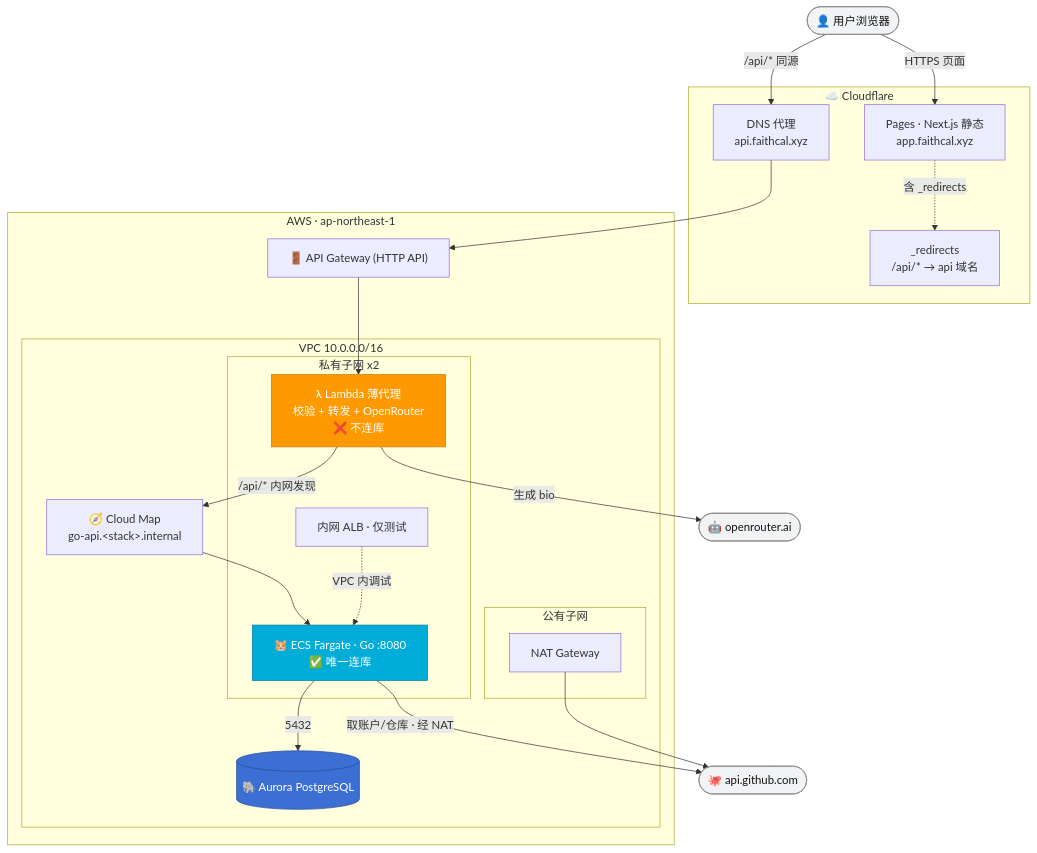
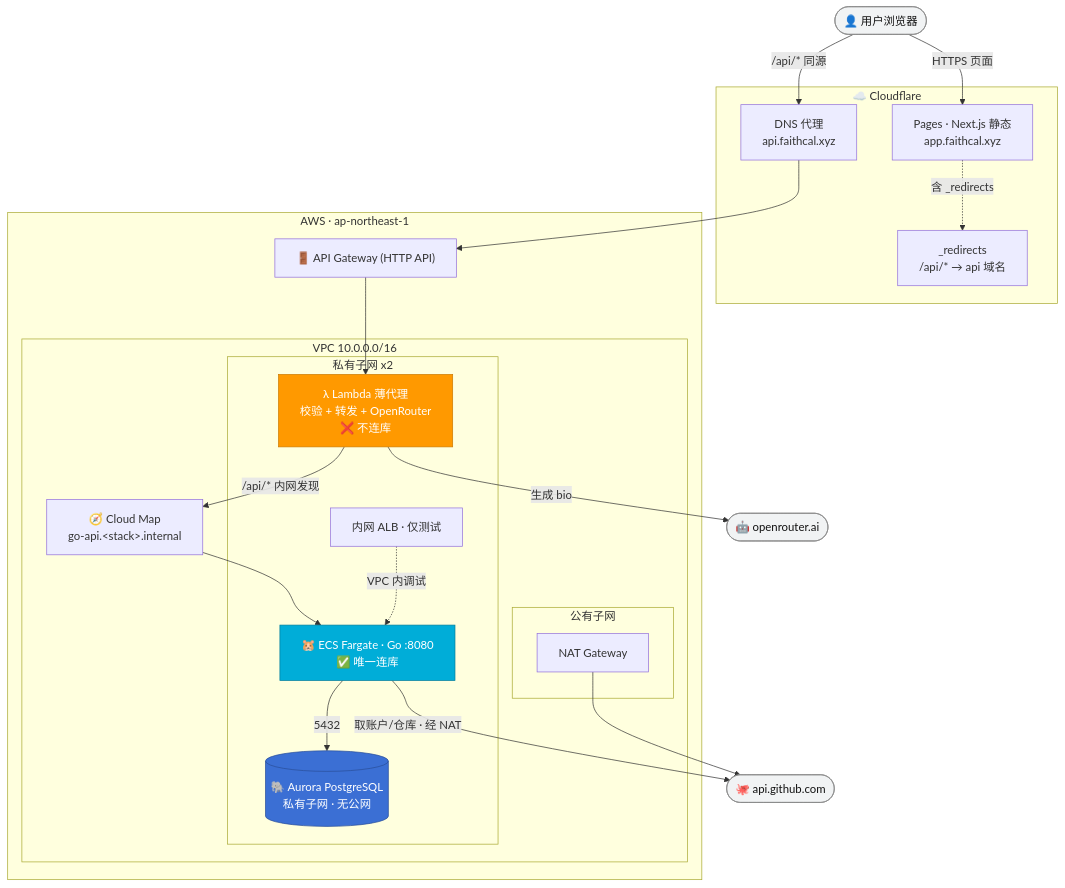
The first of 8 diagrams in docs/架构图.md (PrettyKing/github-repositories-fllow), drawn with Mermaid before and after one commit. The commit also changed 1 other file, not shown here.

Commit message:
docs: 修正架构图 Aurora 位置（VPC 私有子网内，非 VPC 外）
- 系统架构 PNG 重绘：Aurora 移入 VPC 私有子网、5432 连线在 VPC 内
- 架构图.md mermaid：AUR 节点移入「私有子网 x2」子图并标注无公网
实际部署核实：DB PubliclyAccessible=false、私有子网、SG 仅放行 ECS。

````diff
--- a/docs/架构图.md
+++ b/docs/架构图.md
@@ -3,48 +3,48 @@
 ```mermaid
 graph TB
     User(["👤 用户浏览器"])
     GH(["🐙 api.github.com"])
     OR(["🤖 openrouter.ai"])
 
     subgraph CF["☁️ Cloudflare"]
         Pages["Pages · Next.js 静态<br/>app.faithcal.xyz"]
         Redir["_redirects<br/>/api/* → api 域名"]
         CFDNS["DNS 代理<br/>api.faithcal.xyz"]
     end
 
     subgraph AWS["AWS · ap-northeast-1"]
         APIGW["🚪 API Gateway (HTTP API)"]
         subgraph VPC["VPC 10.0.0.0/16"]
             subgraph PUB["公有子网"]
                 NAT["NAT Gateway"]
             end
             subgraph PRIV["私有子网 x2"]
                 L["λ Lambda 薄代理<br/>校验 + 转发 + OpenRouter<br/>❌ 不连库"]
                 ECS["🐹 ECS Fargate · Go :8080<br/>✅ 唯一连库"]
                 ALB["内网 ALB · 仅测试"]
+                AUR[("🐘 Aurora PostgreSQL<br/>私有子网 · 无公网")]
             end
             CMAP["🧭 Cloud Map<br/>go-api.&lt;stack&gt;.internal"]
-            AUR[("🐘 Aurora PostgreSQL")]
         end
     end
 
     User -->|"HTTPS 页面"| Pages
     Pages -.->|"含 _redirects"| Redir
     User -->|"/api/* 同源"| CFDNS --> APIGW
     APIGW --> L
     L -->|"生成 bio"| OR
     L -->|"/api/* 内网发现"| CMAP --> ECS
     ECS -->|"5432"| AUR
     ECS -->|"取账户/仓库 · 经 NAT"| GH
     NAT --> GH
     ALB -.->|"VPC 内调试"| ECS
 
     classDef lambda fill:#FF9900,stroke:#cc7a00,color:#fff
     classDef go fill:#00ADD8,stroke:#007d9c,color:#fff
     classDef db fill:#3b6fd4,stroke:#2a4f99,color:#fff
     classDef ext fill:#f1f3f4,stroke:#888,color:#111
     class L lambda
     class ECS go
     class AUR db
     class User,GH,OR ext
 ```
````
